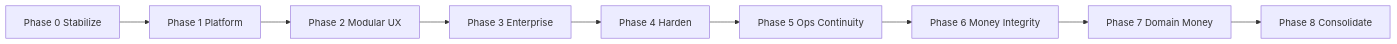
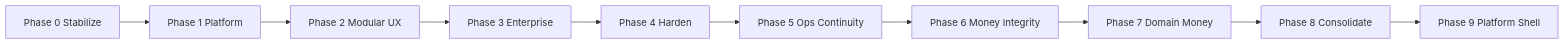
The diagram in IMPLEMENTATION_ROADMAP.md (rheymarbayeta/PAMS), drawn with Mermaid before and after one commit. The commit also changed other lines of this file and 7 other files, not shown here.

Commit message:
feat: implement Phase 9 features including the introduction of a platform shell, enhancements to the Cashier workspace, and improvements to the rentals payment processing, while updating the implementation roadmap and refactoring related backend services for better modularity and maintainability

````diff
--- a/IMPLEMENTATION_ROADMAP.md
+++ b/IMPLEMENTATION_ROADMAP.md
@@ -442,13 +477,14 @@
 ```mermaid
 flowchart LR
   P0[Phase 0 Stabilize]
   P1[Phase 1 Platform]
   P2[Phase 2 Modular UX]
   P3[Phase 3 Enterprise]
   P4[Phase 4 Harden]
   P5[Phase 5 Ops Continuity]
   P6[Phase 6 Money Integrity]
   P7[Phase 7 Domain Money]
   P8[Phase 8 Consolidate]
-  P0 --> P1 --> P2 --> P3 --> P4 --> P5 --> P6 --> P7 --> P8
+  P9[Phase 9 Platform Shell]
+  P0 --> P1 --> P2 --> P3 --> P4 --> P5 --> P6 --> P7 --> P8 --> P9
 ```
````
